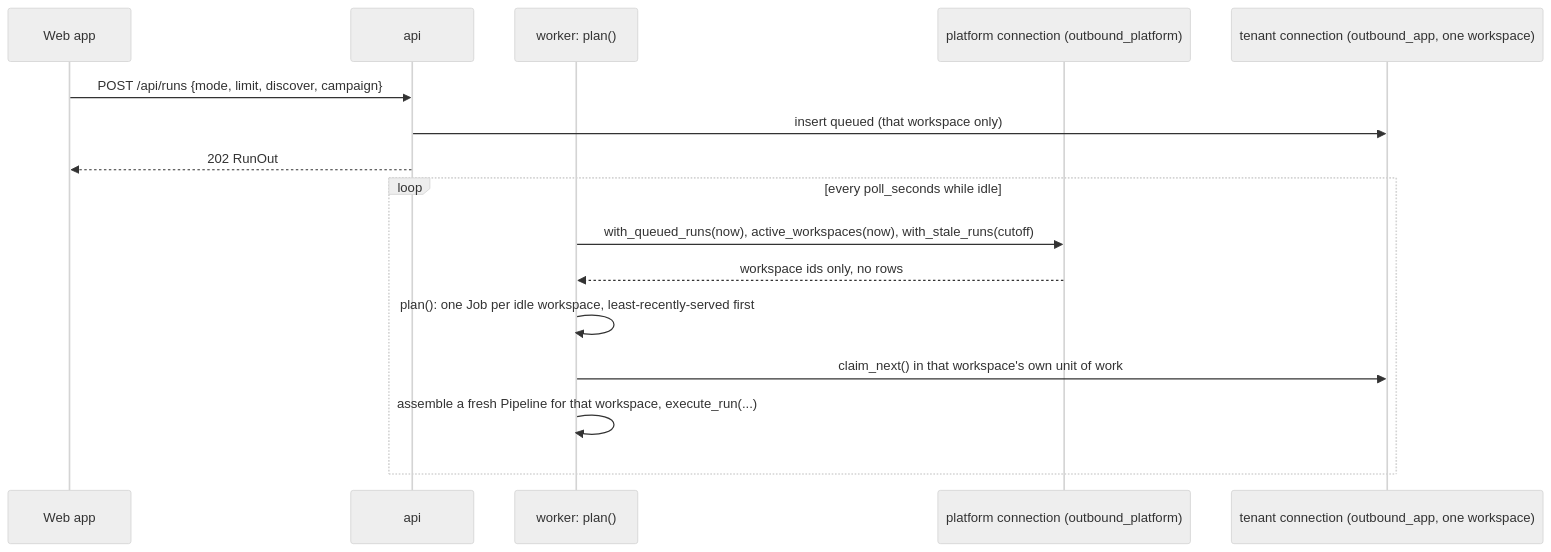
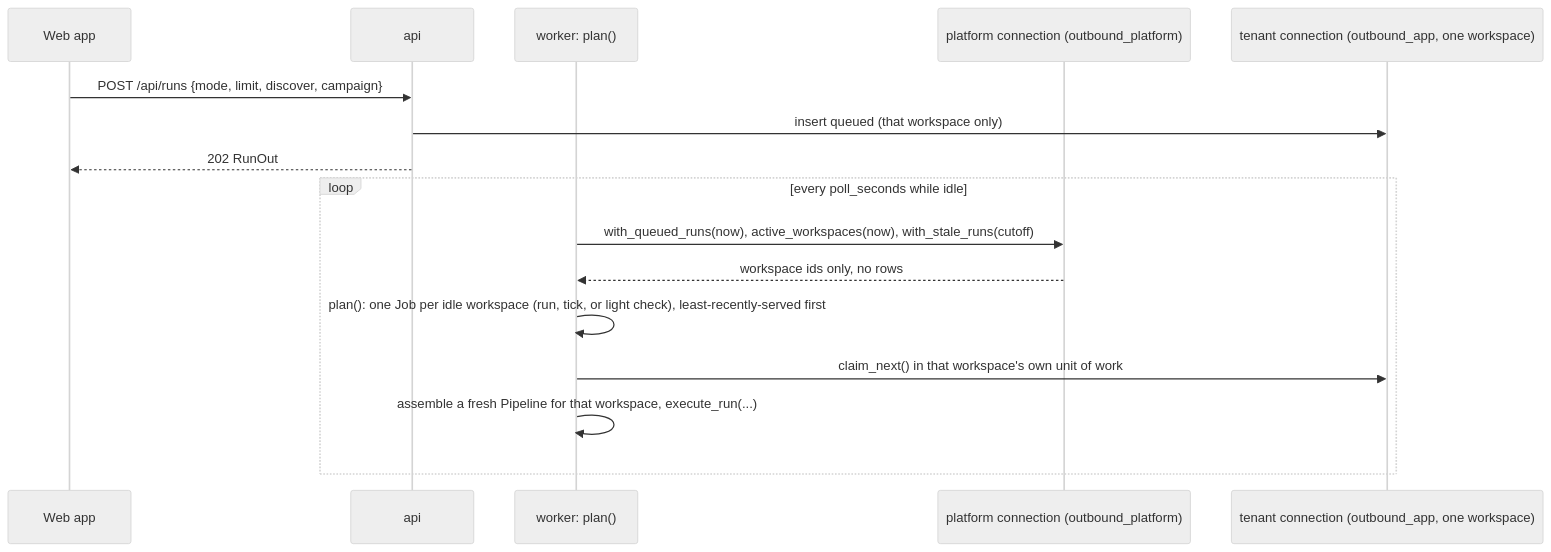
One commit to rahul-trip/email_campaign changed the second of 4 diagrams in docs/technical/hld/hld.md. Above: the diagram before and after it, drawn with Mermaid (neutral theme). The commit also changed other lines of this file and 16 other files, not shown here.

````diff
--- a/docs/technical/hld/hld.md
+++ b/docs/technical/hld/hld.md
@@ -68,18 +68,18 @@
 ```mermaid
 sequenceDiagram
     participant UI as Web app
     participant API as api
     participant Sched as worker: plan()
     participant PlatUoW as platform connection (outbound_platform)
     participant TenUoW as tenant connection (outbound_app, one workspace)
     UI->>API: POST /api/runs {mode, limit, discover, campaign}
     API->>TenUoW: insert queued (that workspace only)
     API-->>UI: 202 RunOut
     loop every poll_seconds while idle
         Sched->>PlatUoW: with_queued_runs(now), active_workspaces(now), with_stale_runs(cutoff)
         PlatUoW-->>Sched: workspace ids only, no rows
-        Sched->>Sched: plan(): one Job per idle workspace, least-recently-served first
+        Sched->>Sched: plan(): one Job per idle workspace (run, tick, or light check), least-recently-served first
         Sched->>TenUoW: claim_next() in that workspace's own unit of work
         Sched->>Sched: assemble a fresh Pipeline for that workspace, execute_run(...)
     end
 ```
````
